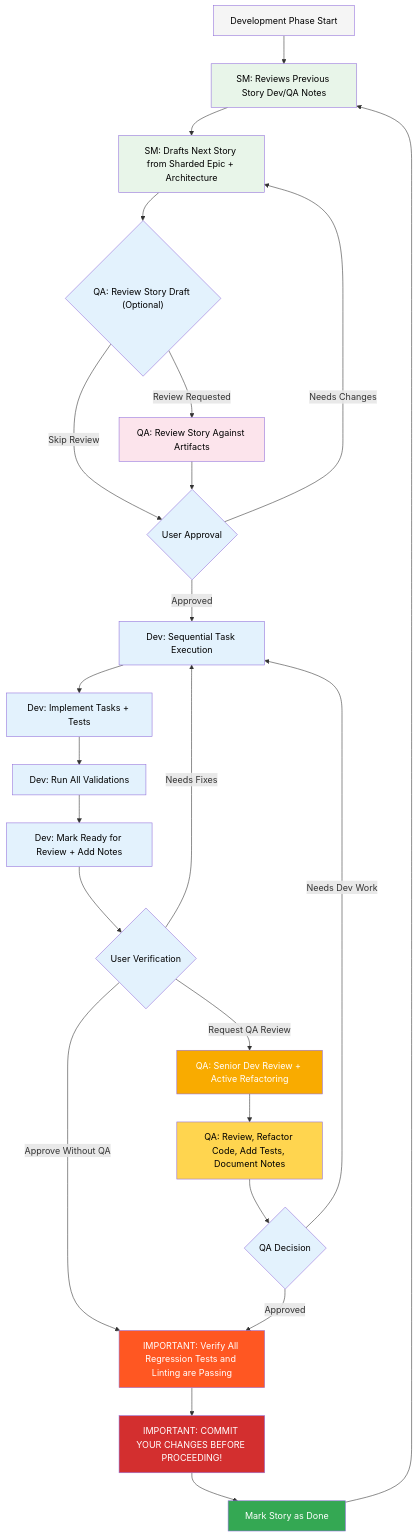
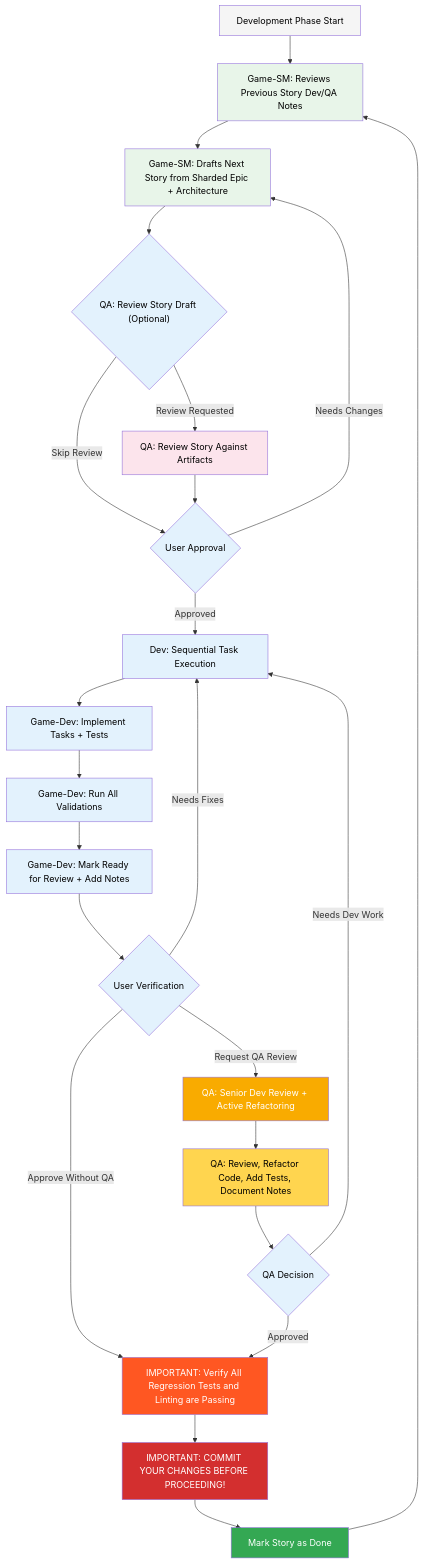
Before and after one commit to pbean/BMAD-METHOD: the second of 2 diagrams in expansion-packs/bmad-unity-game-dev/README.md, drawn with Mermaid. The commit also changed other lines of this file, not shown here.

````diff
--- a/expansion-packs/bmad-unity-game-dev/README.md
+++ b/expansion-packs/bmad-unity-game-dev/README.md
@@ -78,43 +75,43 @@
 ```mermaid
 graph TD
-    A["Development Phase Start"] --> B["SM: Reviews Previous Story Dev/QA Notes"]
-    B --> B2["SM: Drafts Next Story from Sharded Epic + Architecture"]
+    A["Development Phase Start"] --> B["Game-SM: Reviews Previous Story Dev/QA Notes"]
+    B --> B2["Game-SM: Drafts Next Story from Sharded Epic + Architecture"]
     B2 --> B3{"QA: Review Story Draft (Optional)"}
     B3 -->|Review Requested| B4["QA: Review Story Against Artifacts"]
     B3 -->|Skip Review| C{"User Approval"}
     B4 --> C
     C -->|Approved| D["Dev: Sequential Task Execution"]
     C -->|Needs Changes| B2
-    D --> E["Dev: Implement Tasks + Tests"]
-    E --> F["Dev: Run All Validations"]
-    F --> G["Dev: Mark Ready for Review + Add Notes"]
+    D --> E["Game-Dev: Implement Tasks + Tests"]
+    E --> F["Game-Dev: Run All Validations"]
+    F --> G["Game-Dev: Mark Ready for Review + Add Notes"]
     G --> H{"User Verification"}
     H -->|Request QA Review| I["QA: Senior Dev Review + Active Refactoring"]
     H -->|Approve Without QA| M["IMPORTANT: Verify All Regression Tests and Linting are Passing"]
     I --> J["QA: Review, Refactor Code, Add Tests, Document Notes"]
     J --> L{"QA Decision"}
     L -->|Needs Dev Work| D
     L -->|Approved| M
     H -->|Needs Fixes| D
     M --> N["IMPORTANT: COMMIT YOUR CHANGES BEFORE PROCEEDING!"]
     N --> K["Mark Story as Done"]
     K --> B
 
     style A fill:#f5f5f5,color:#000
     style B fill:#e8f5e9,color:#000
     style B2 fill:#e8f5e9,color:#000
     style B3 fill:#e3f2fd,color:#000
     style B4 fill:#fce4ec,color:#000
     style C fill:#e3f2fd,color:#000
     style D fill:#e3f2fd,color:#000
     style E fill:#e3f2fd,color:#000
     style F fill:#e3f2fd,color:#000
     style G fill:#e3f2fd,color:#000
     style H fill:#e3f2fd,color:#000
     style I fill:#f9ab00,color:#fff
     style J fill:#ffd54f,color:#000
     style K fill:#34a853,color:#fff
     style L fill:#e3f2fd,color:#000
     style M fill:#ff5722,color:#fff
     style N fill:#d32f2f,color:#fff
 ```
````
